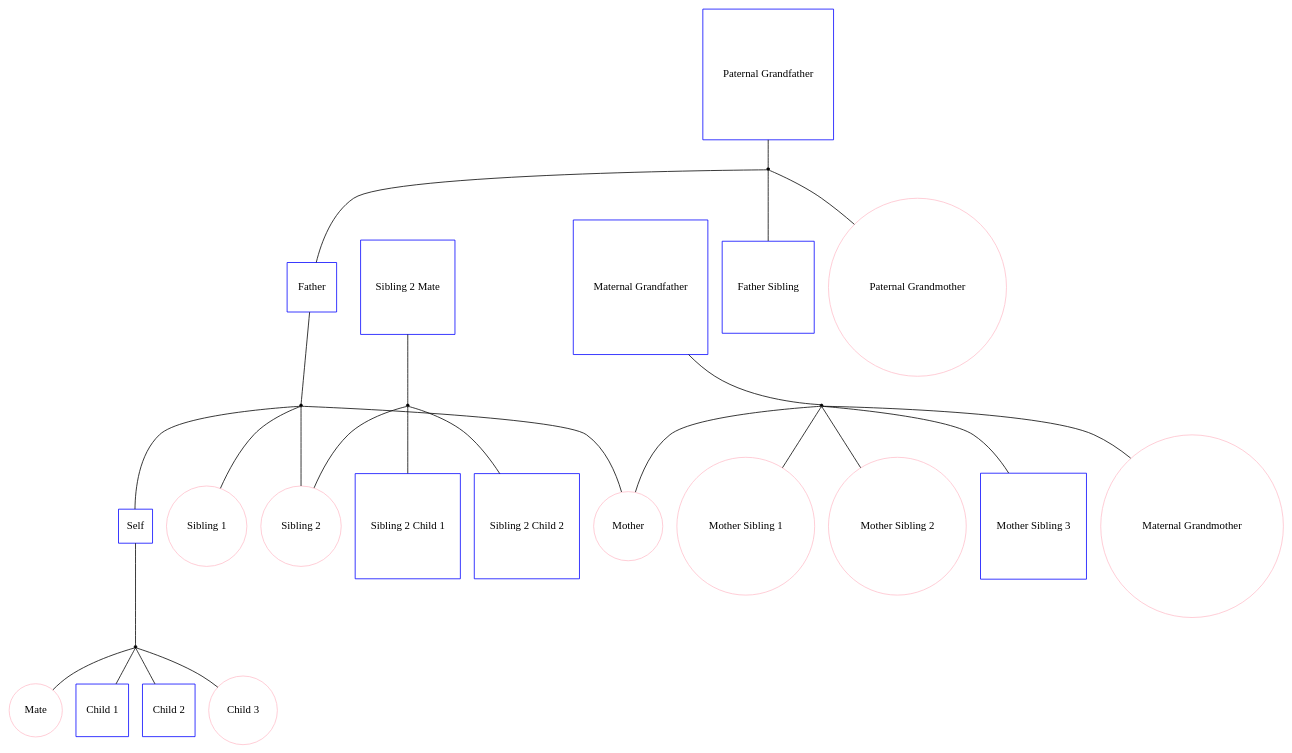
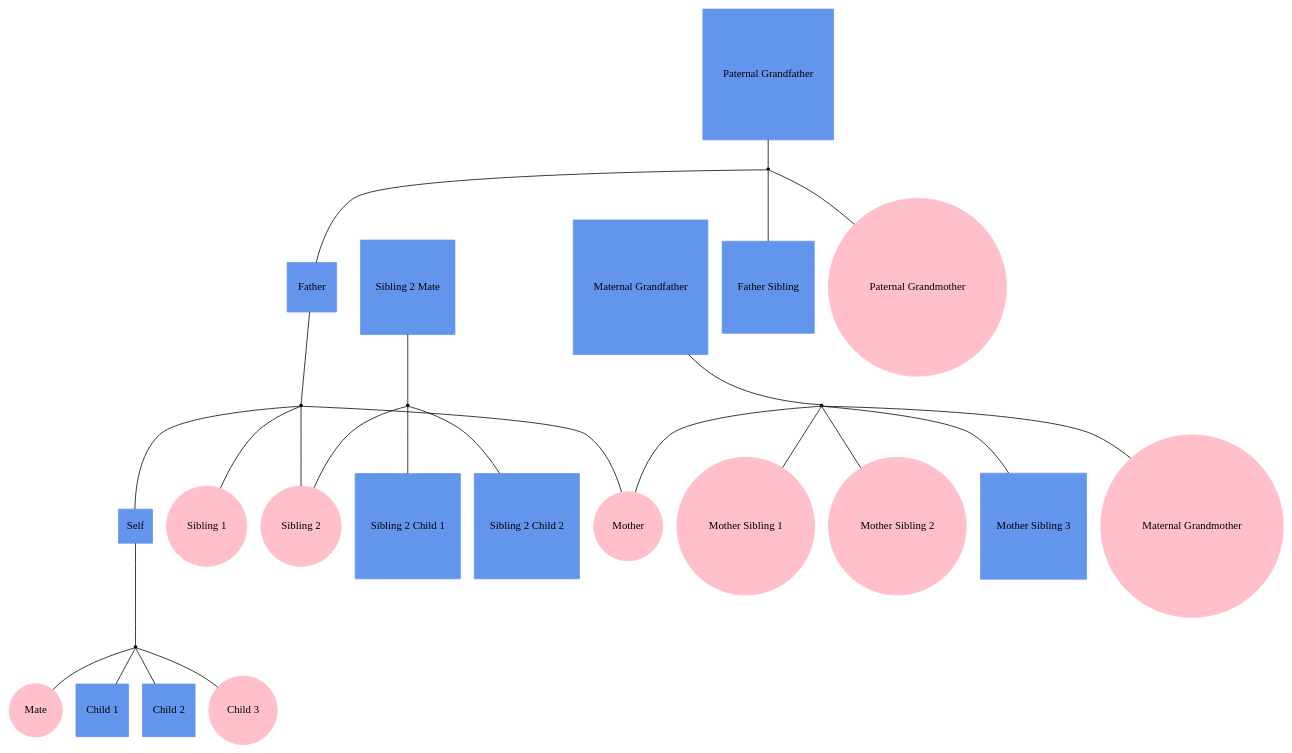
The diagram in encoder/out11.gv (phewing/teamM_L), drawn with Graphviz before and after one commit. The commit also changed 21 other files, not shown here.

```diff
--- a/encoder/out11.gv
+++ b/encoder/out11.gv
@@ -1,50 +1,50 @@
 
 graph f11 {
-"Self" [shape=box, regular=1, color="blue"];
-"Mate" [shape=oval, regular=1, color="pink"];
-"Child 1" [shape=box, regular=1, color="blue"];
-"Child 2" [shape=box, regular=1, color="blue"];
-"Child 3" [shape=oval, regular=1, color="pink"];
-"Sibling 1" [shape=oval, regular=1, color="pink"];
-"Sibling 2" [shape=oval, regular=1, color="pink"];
-"Sibling 2 Mate" [shape=box, regular=1, color="blue"];
-"Sibling 2 Child 1" [shape=box, regular=1, color="blue"];
-"Sibling 2 Child 2" [shape=box, regular=1, color="blue"];
-"Mother" [shape=oval, regular=1, color="pink"];
-"Mother Sibling 1" [shape=oval, regular=1, color="pink"];
-"Mother Sibling 2" [shape=oval, regular=1, color="pink"];
-"Mother Sibling 3" [shape=box, regular=1, color="blue"];
-"Maternal Grandmother" [shape=oval, regular=1, color="pink"];
-"Maternal Grandfather" [shape=box, regular=1, color="blue"];
-"Father" [shape=box, regular=1, color="blue"];
-"Father Sibling" [shape=box, regular=1, color="blue"];
-"Paternal Grandmother" [shape=oval, regular=1, color="pink"];
-"Paternal Grandfather" [shape=box, regular=1, color="blue"];
+"Self" [shape=box, style=filled, regular=1, color="cornflowerblue"];
+"Mate" [shape=oval, style=filled, regular=1, color="pink"];
+"Child 1" [shape=box, style=filled, regular=1, color="cornflowerblue"];
+"Child 2" [shape=box, style=filled, regular=1, color="cornflowerblue"];
+"Child 3" [shape=oval, style=filled, regular=1, color="pink"];
+"Sibling 1" [shape=oval, style=filled, regular=1, color="pink"];
+"Sibling 2" [shape=oval, style=filled, regular=1, color="pink"];
+"Sibling 2 Mate" [shape=box, style=filled, regular=1, color="cornflowerblue"];
+"Sibling 2 Child 1" [shape=box, style=filled, regular=1, color="cornflowerblue"];
+"Sibling 2 Child 2" [shape=box, style=filled, regular=1, color="cornflowerblue"];
+"Mother" [shape=oval, style=filled, regular=1, color="pink"];
+"Mother Sibling 1" [shape=oval, style=filled, regular=1, color="pink"];
+"Mother Sibling 2" [shape=oval, style=filled, regular=1, color="pink"];
+"Mother Sibling 3" [shape=box, style=filled, regular=1, color="cornflowerblue"];
+"Maternal Grandmother" [shape=oval, style=filled, regular=1, color="pink"];
+"Maternal Grandfather" [shape=box, style=filled, regular=1, color="cornflowerblue"];
+"Father" [shape=box, style=filled, regular=1, color="cornflowerblue"];
+"Father Sibling" [shape=box, style=filled, regular=1, color="cornflowerblue"];
+"Paternal Grandmother" [shape=oval, style=filled, regular=1, color="pink"];
+"Paternal Grandfather" [shape=box, style=filled, regular=1, color="cornflowerblue"];
 
 "self+mate" [shape=point];
 "sibling2mate+sibling2" [shape=point];
 "maternalgrandfather+maternalgrandmother" [shape=point];
 "father+mother" [shape=point];
 "paternalgrandfather+paternalgrandmother" [shape=point];
 
 "Self" -- "self+mate" -- "Mate";
 "Sibling 2 Mate" -- "sibling2mate+sibling2" -- "Sibling 2";
 "Maternal Grandfather" -- "maternalgrandfather+maternalgrandmother" -- "Maternal Grandmother";
 "Father" -- "father+mother" -- "Mother";
 "Paternal Grandfather" -- "paternalgrandfather+paternalgrandmother" -- "Paternal Grandmother";
 
 "father+mother" -- "Self";
 "self+mate" -- "Child 1";
 "self+mate" -- "Child 2";
 "self+mate" -- "Child 3";
 "father+mother" -- "Sibling 1";
 "father+mother" -- "Sibling 2";
 "sibling2mate+sibling2" -- "Sibling 2 Child 1";
 "sibling2mate+sibling2" -- "Sibling 2 Child 2";
 "maternalgrandfather+maternalgrandmother" -- "Mother";
 "maternalgrandfather+maternalgrandmother" -- "Mother Sibling 1";
 "maternalgrandfather+maternalgrandmother" -- "Mother Sibling 2";
 "maternalgrandfather+maternalgrandmother" -- "Mother Sibling 3";
 "paternalgrandfather+paternalgrandmother" -- "Father";
 "paternalgrandfather+paternalgrandmother" -- "Father Sibling";
 }
```
